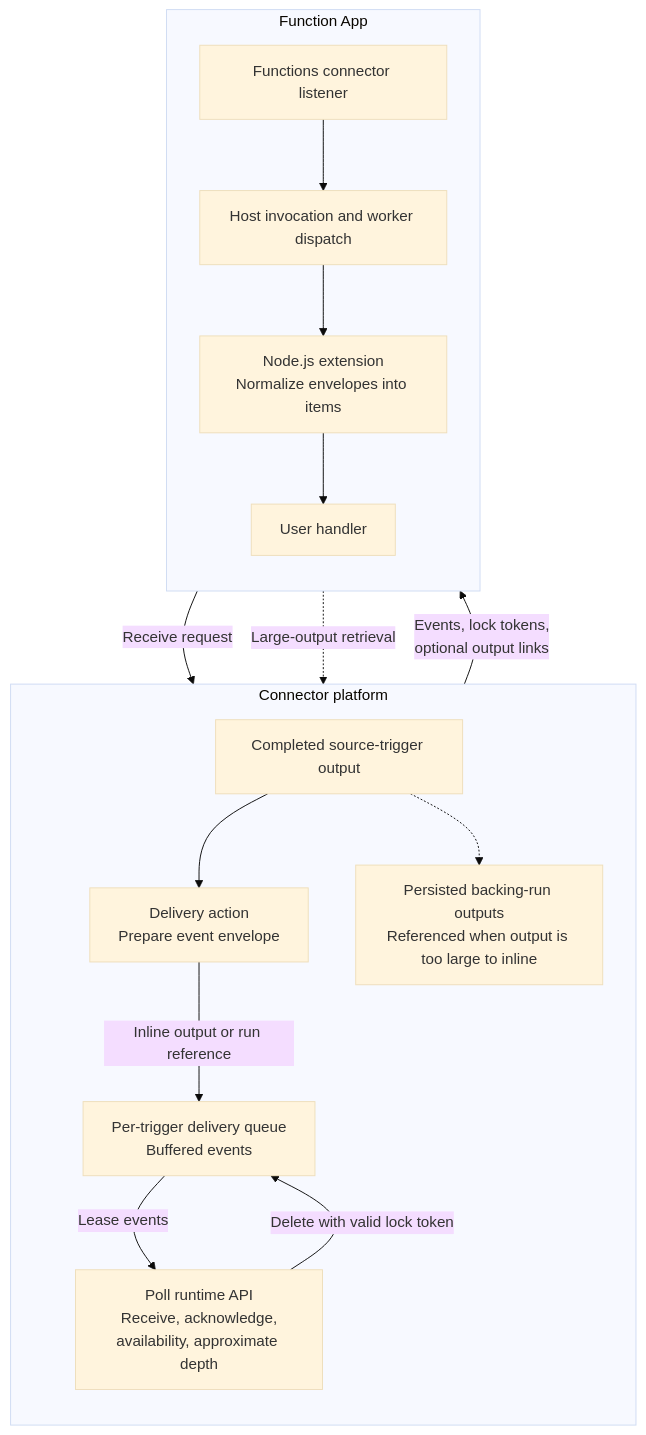
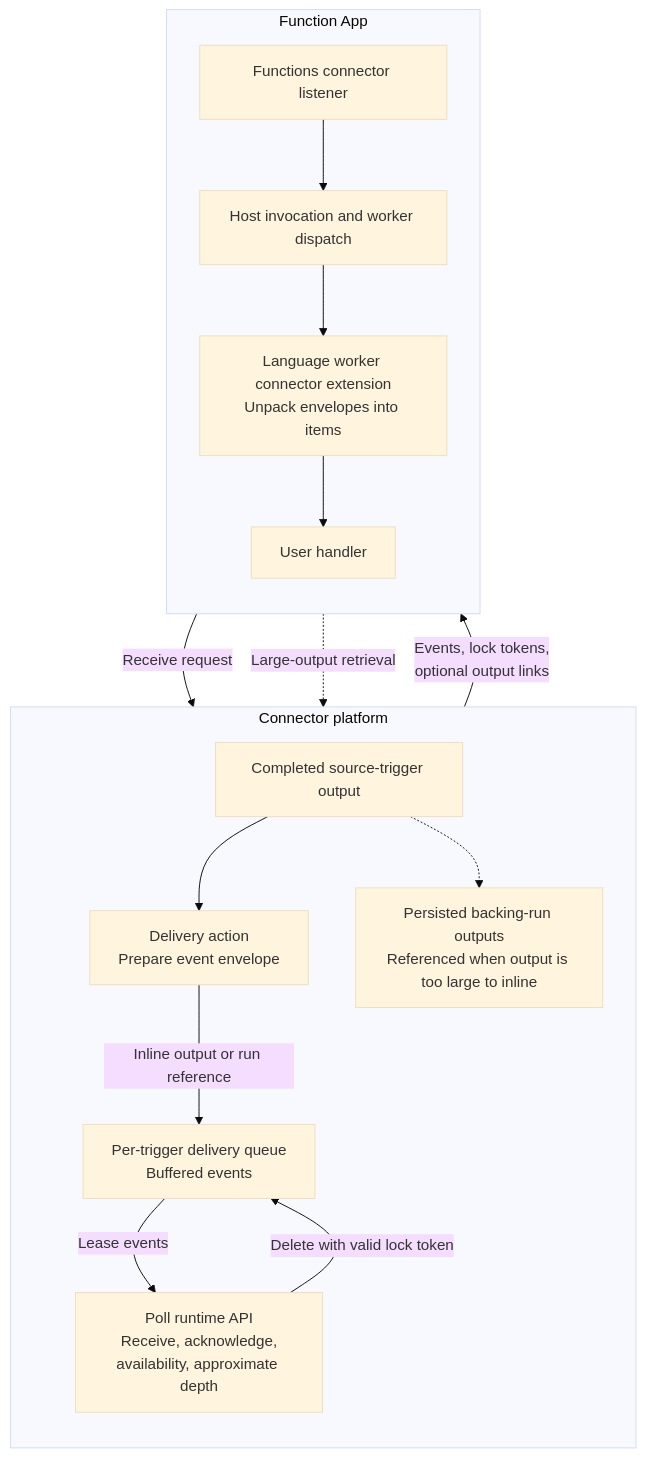
Before and after one commit to Azure/Connectors-NodeJS-SDK: the fourth of 4 diagrams in docs/blogs/connectors-functions-architecture.md, drawn with Mermaid (base theme). The commit also changed other lines of this file, not shown here.

Commit message:
Removing Node.JS acronym

````diff
--- a/docs/blogs/connectors-functions-architecture.md
+++ b/docs/blogs/connectors-functions-architecture.md
@@ -166,29 +166,29 @@
 ```mermaid
 flowchart TB
     subgraph PLATFORM["Connector platform"]
         direction TB
         OUTPUT["Completed source-trigger output"]
         WRITER["Delivery action<br/>Prepare event envelope"]
         QUEUE["Per-trigger delivery queue<br/>Buffered events"]
         API["Poll runtime API<br/>Receive, acknowledge,<br/>availability, approximate depth"]
         STORED["Persisted backing-run outputs<br/>Referenced when output is too large to inline"]
         OUTPUT --> WRITER
         WRITER -->|"Inline output or run reference"| QUEUE
         OUTPUT -.-> STORED
         QUEUE -->|"Lease events"| API
         API -->|"Delete with valid lock token"| QUEUE
     end
 
     subgraph FUNCTIONS["Function App"]
         direction TB
         LISTENER["Functions connector listener"]
         BINDING["Host invocation and worker dispatch"]
-        CONTEXT["Node.js extension<br/>Normalize envelopes into items"]
+        CONTEXT["Language worker connector extension<br/>Unpack envelopes into items"]
         CODE["User handler"]
         LISTENER --> BINDING --> CONTEXT --> CODE
     end
 
     LISTENER -->|"Receive request"| API
     API -->|"Events, lock tokens,<br/>optional output links"| LISTENER
     LISTENER -.->|"Large-output retrieval"| STORED
 ```
````
